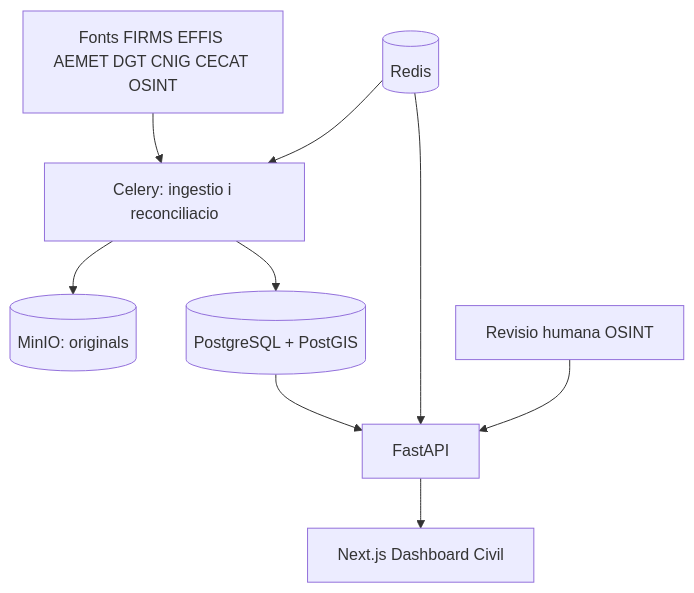
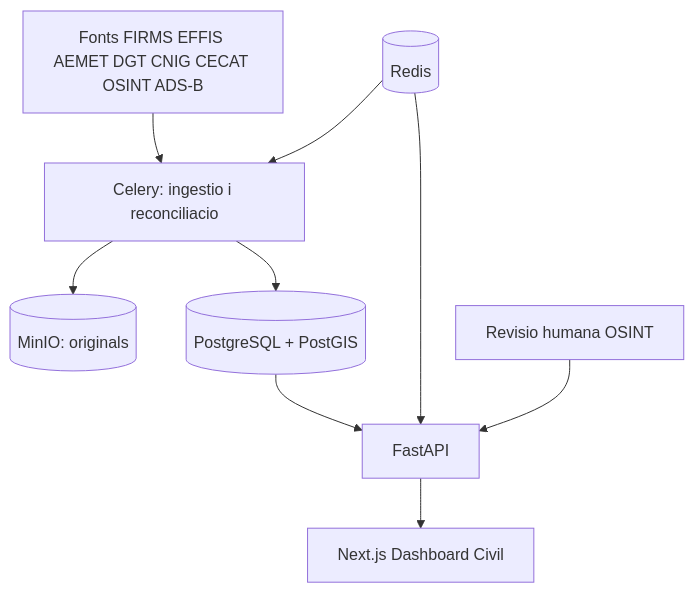
The diagram in docs/architecture/overview.md (PabloCalomardo/Incendis_Forestals), drawn with Mermaid before and after one commit. The commit also changed other lines of this file and 15 other files, not shown here.

````diff
--- a/docs/architecture/overview.md
+++ b/docs/architecture/overview.md
@@ -7,20 +7,20 @@
 ```mermaid
 flowchart TB
-    sources[Fonts FIRMS EFFIS AEMET DGT CNIG CECAT OSINT]
+    sources[Fonts FIRMS EFFIS AEMET DGT CNIG CECAT OSINT ADS-B]
     workers[Celery: ingestio i reconciliacio]
     raw[(MinIO: originals)]
     db[(PostgreSQL + PostGIS)]
     redis[(Redis)]
     api[FastAPI]
     civil[Next.js Dashboard Civil]
     review[Revisio humana OSINT]
 
     sources --> workers
     workers --> raw
     workers --> db
     db --> api
     redis --> workers
     redis --> api
     api --> civil
     review --> api
 ```
````
